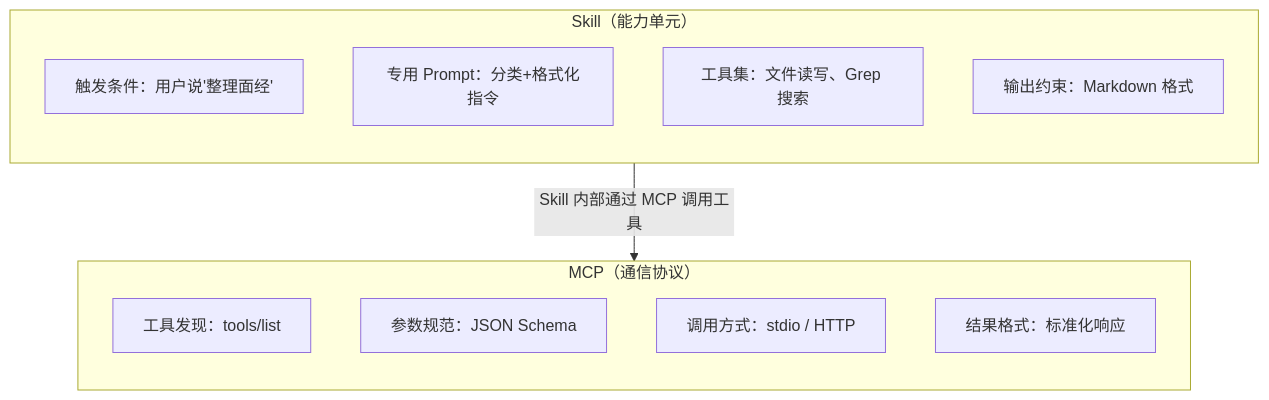
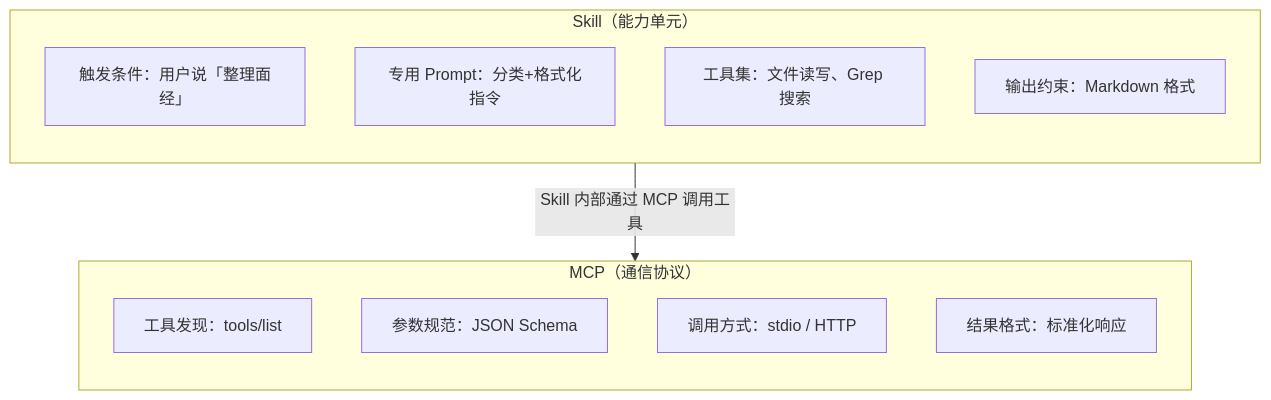
Before and after one commit to ranxi2001/zero2Agent: the second of 6 diagrams in learn-agent-interview/02-tool-management/index.md, drawn with Mermaid. The commit also changed other lines of this file and 1 other file, not shown here.

Commit message:
fix: Mermaid 标签用中文引号「」替代单引号，修复渲染错误

````diff
--- a/learn-agent-interview/02-tool-management/index.md
+++ b/learn-agent-interview/02-tool-management/index.md
@@ -405,20 +405,20 @@
 ```mermaid
 flowchart TB
     subgraph skill["Skill（能力单元）"]
         direction TB
-        S1["触发条件：用户说#39;整理面经#39;"]
+        S1["触发条件：用户说「整理面经」"]
         S2["专用 Prompt：分类+格式化指令"]
         S3["工具集：文件读写、Grep 搜索"]
         S4["输出约束：Markdown 格式"]
     end
 
     subgraph mcp["MCP（通信协议）"]
         direction TB
         M1["工具发现：tools/list"]
         M2["参数规范：JSON Schema"]
         M3["调用方式：stdio / HTTP"]
         M4["结果格式：标准化响应"]
     end
 
     skill -->|"Skill 内部通过 MCP 调用工具"| mcp
 ```
````
